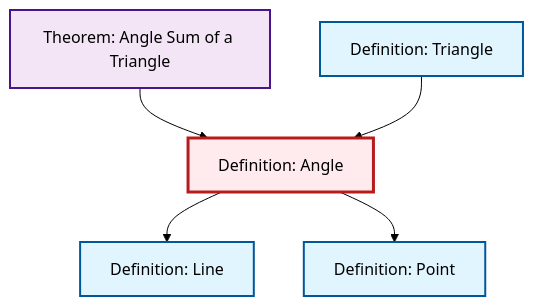
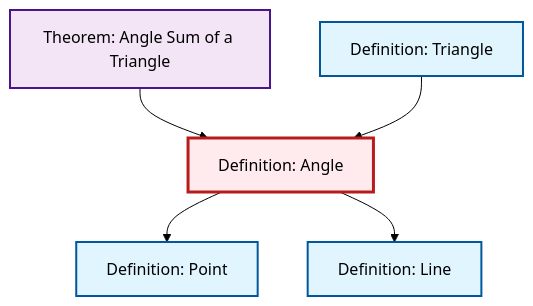
The diagram in content/ja/geometry/def-angle.qmd (RK0429/ModernMath), drawn with Mermaid (forest theme) before and after one commit. The commit also changed other lines of this file and 474 other files, not shown here.

````diff
--- a/content/ja/geometry/def-angle.qmd
+++ b/content/ja/geometry/def-angle.qmd
@@ -50,23 +50,23 @@
 ```{mermaid}
 %%| fig-cap: "Local dependency graph"
 graph TD
     classDef definition fill:#e1f5fe,stroke:#01579b,stroke-width:2px
     classDef theorem fill:#f3e5f5,stroke:#4a148c,stroke-width:2px
     classDef axiom fill:#fff3e0,stroke:#e65100,stroke-width:2px
     classDef example fill:#e8f5e9,stroke:#1b5e20,stroke-width:2px
     classDef current fill:#ffebee,stroke:#b71c1c,stroke-width:3px
+    def-triangle["Definition: Triangle"]:::definition
+    def-point["Definition: Point"]:::definition
+    def-line["Definition: Line"]:::definition
     thm-angle-sum-triangle["Theorem: Angle Sum of a Triangle"]:::theorem
-    def-line["Definition: Line"]:::definition
-    def-triangle["Definition: Triangle"]:::definition
     def-angle["Definition: Angle"]:::definition
-    def-point["Definition: Point"]:::definition
+    def-angle --> def-point
+    thm-angle-sum-triangle --> def-angle
+    def-triangle --> def-angle
     def-angle --> def-line
-    thm-angle-sum-triangle --> def-angle
-    def-angle --> def-point
-    def-triangle --> def-angle
     class def-angle current
-    click thm-angle-sum-triangle "thm-angle-sum-triangle.html" "Theorem: Angle Sum of a Triangleへ"
-    click def-line "def-line.html" "Definition: Lineへ"
     click def-triangle "def-triangle.html" "Definition: Triangleへ"
     click def-point "def-point.html" "Definition: Pointへ"
+    click def-line "def-line.html" "Definition: Lineへ"
+    click thm-angle-sum-triangle "thm-angle-sum-triangle.html" "Theorem: Angle Sum of a Triangleへ"
 ```
````
